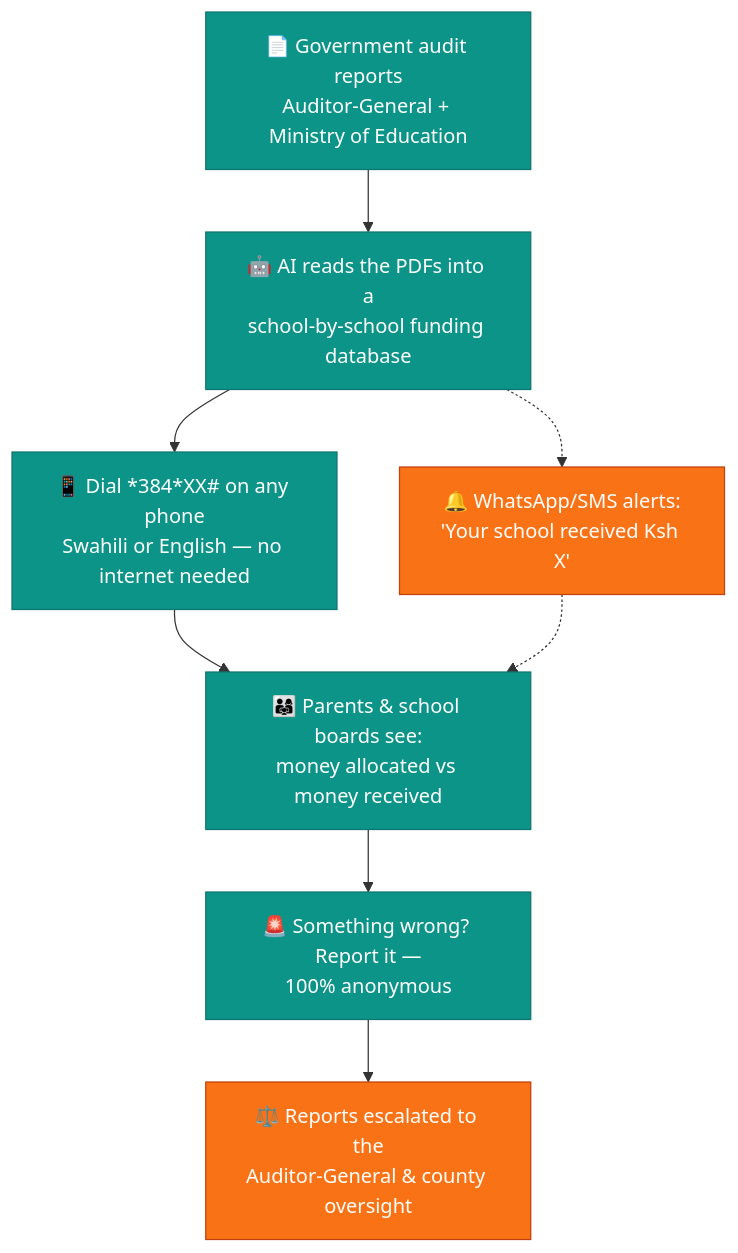
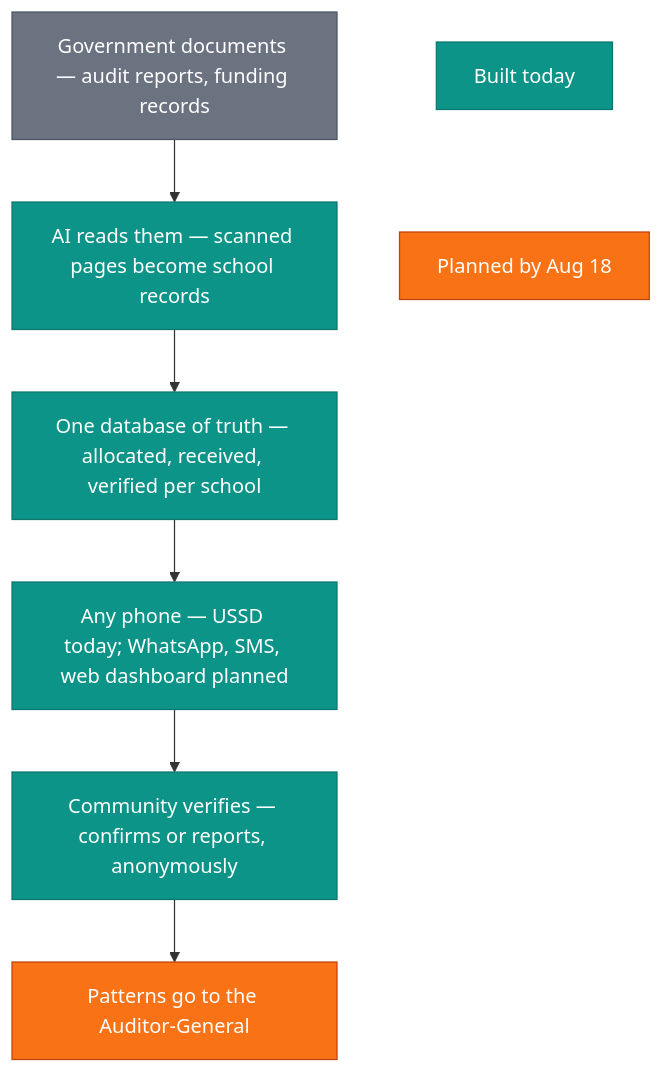
One commit to mercy-rotich/kamilimu changed the diagram in README.md. Above: the diagram before and after it, drawn with Mermaid. The commit also changed other lines of this file, not shown here.

Commit message:
updates on the diagram

````diff
--- a/README.md
+++ b/README.md
@@ -121,23 +118,26 @@
 ```mermaid
 graph TD
-    DATA["📄 Government audit reports<br/>Auditor-General + Ministry of Education"]
-    AI["🤖 AI reads the PDFs into a<br/>school-by-school funding database"]
-    USSD["📱 Dial *384*XX# on any phone<br/>Swahili or English — no internet needed"]
-    PEOPLE["👨‍👩‍👧 Parents & school boards see:<br/>money allocated vs money received"]
-    REPORT["🚨 Something wrong? Report it —<br/>100% anonymous"]
-    ACTION["⚖️ Reports escalated to the<br/>Auditor-General & county oversight"]
-    ALERTS["🔔 WhatsApp/SMS alerts:<br/>'Your school received Ksh X'"]
+    GOV["Government documents — audit reports, funding records"]
+    AI["AI reads them — scanned pages become school records"]
+    DB["One database of truth — allocated, received, verified per school"]
+    PHONE["Any phone — USSD today; WhatsApp, SMS, web dashboard planned"]
+    COMMUNITY["Community verifies — confirms or reports, anonymously"]
+    OAG["Patterns go to the Auditor-General"]
 
-    DATA --> AI
-    AI --> USSD
-    USSD --> PEOPLE
-    PEOPLE --> REPORT
-    REPORT --> ACTION
-    AI -.-> ALERTS
-    ALERTS -.-> PEOPLE
+    GOV --> AI
+    AI --> DB
+    DB --> PHONE
+    PHONE --> COMMUNITY
+    COMMUNITY --> OAG
 
+    LB["Built today"]
+    LP["Planned by Aug 18"]
+    LB ~~~ LP
+
+    classDef gray fill:#6b7280,stroke:#4b5563,color:#ffffff
     classDef built fill:#0d9488,stroke:#0f766e,color:#ffffff
     classDef planned fill:#f97316,stroke:#c2410c,color:#ffffff
-    class DATA,AI,USSD,PEOPLE,REPORT built
-    class ACTION,ALERTS planned
+    class GOV gray
+    class AI,DB,PHONE,COMMUNITY,LB built
+    class OAG,LP planned
 ```
````
